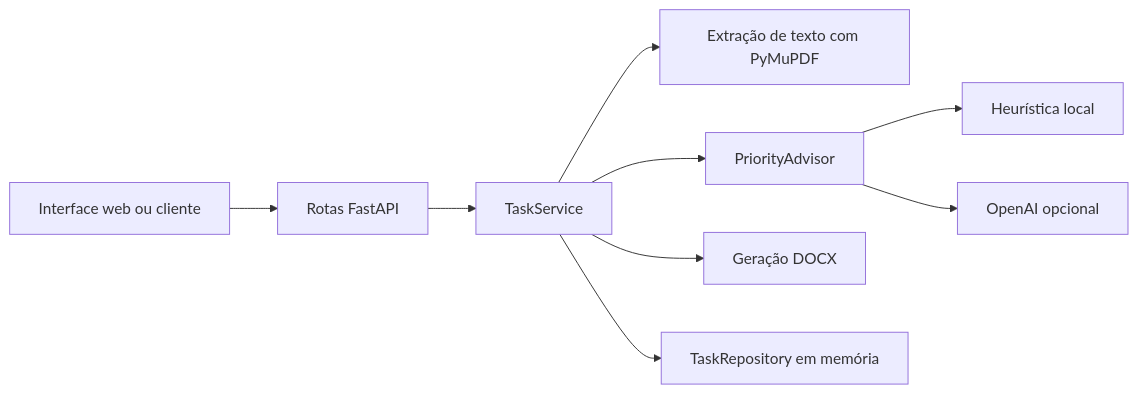
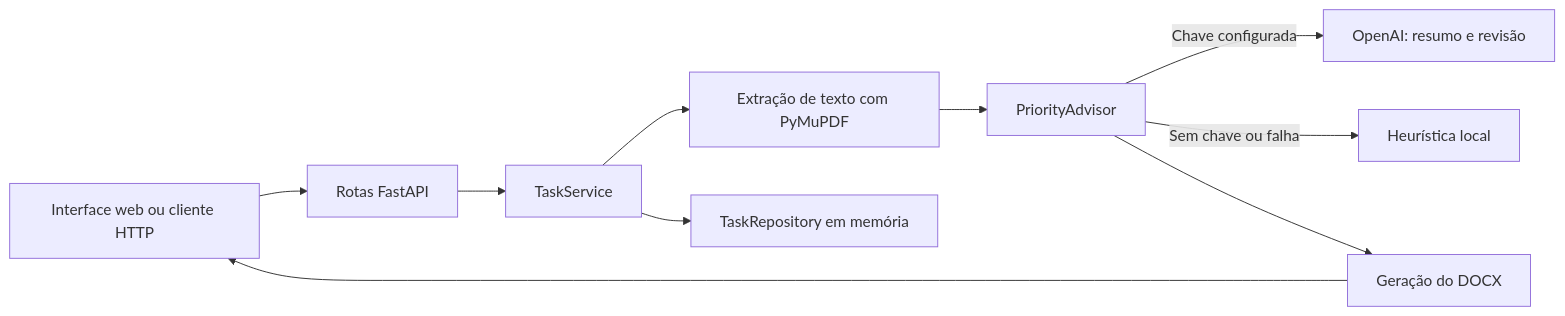
The diagram in README.md (homerocoelhof/Projeto1_homero), drawn with Mermaid before and after one commit. The commit also changed other lines of this file, not shown here.

Commit message:
docs: expand setup API and AI usage guide

````diff
--- a/README.md
+++ b/README.md
@@ -67,11 +135,12 @@
 ```mermaid
 flowchart LR
-    U[Interface web ou cliente] --> R[Rotas FastAPI]
+    U[Interface web ou cliente HTTP] --> R[Rotas FastAPI]
     R --> S[TaskService]
     S --> P[Extração de texto com PyMuPDF]
-    S --> A[PriorityAdvisor]
-    A --> L[Heurística local]
-    A --> O[OpenAI opcional]
-    S --> D[Geração DOCX]
+    P --> A[PriorityAdvisor]
+    A -->|Chave configurada| O[OpenAI: resumo e revisão]
+    A -->|Sem chave ou falha| L[Heurística local]
+    A --> D[Geração do DOCX]
     S --> T[TaskRepository em memória]
+    D --> U
 ```
````
